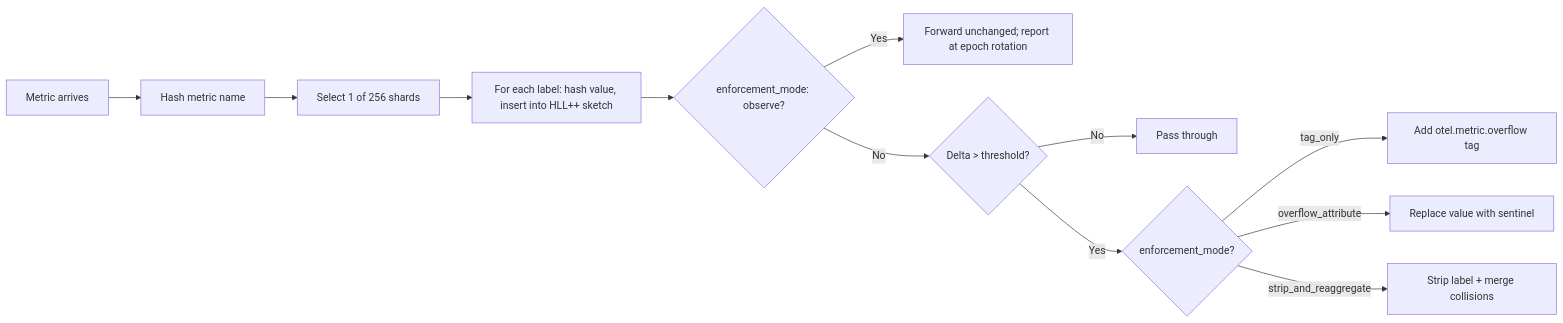
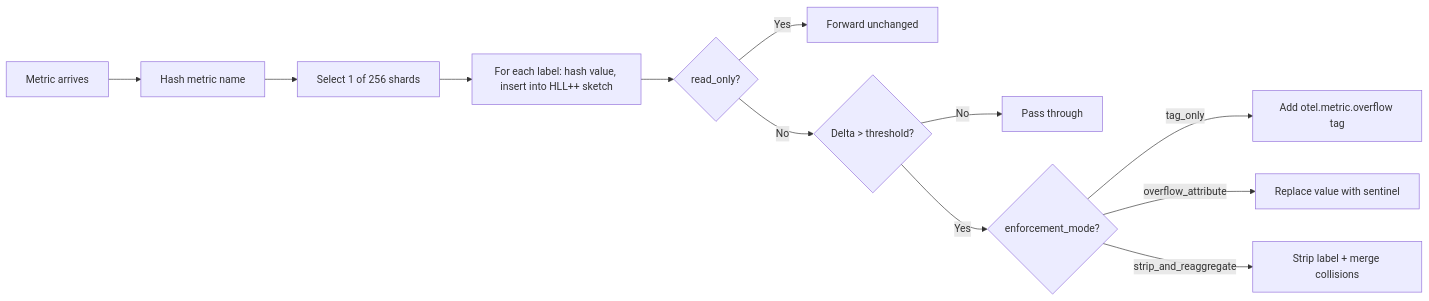
The diagram in processor/cardinalityguardianprocessor/README.md (open-telemetry/opentelemetry-collector-contrib), drawn with Mermaid before and after one commit. The commit also changed other lines of this file and 18 other files, not shown here.

````diff
--- a/processor/cardinalityguardianprocessor/README.md
+++ b/processor/cardinalityguardianprocessor/README.md
@@ -36,14 +36,14 @@
 ```mermaid
 flowchart LR
     A[Metric arrives] --> B[Hash metric name]
     B --> C[Select 1 of 256 shards]
     C --> D[For each label: hash value, insert into HLL++ sketch]
-    D --> O{enforcement_mode: observe?}
-    O -- Yes --> P[Forward unchanged; report at epoch rotation]
-    O -- No --> E{Delta > threshold?}
+    D --> R{read_only?}
+    R -- Yes --> P[Forward unchanged]
+    R -- No --> E{Delta > threshold?}
     E -- No --> F[Pass through]
     E -- Yes --> G{enforcement_mode?}
     G -- tag_only --> H[Add otel.metric.overflow tag]
     G -- overflow_attribute --> OA[Replace value with sentinel]
     G -- strip_and_reaggregate --> I[Strip label + merge collisions]
 ```
````
